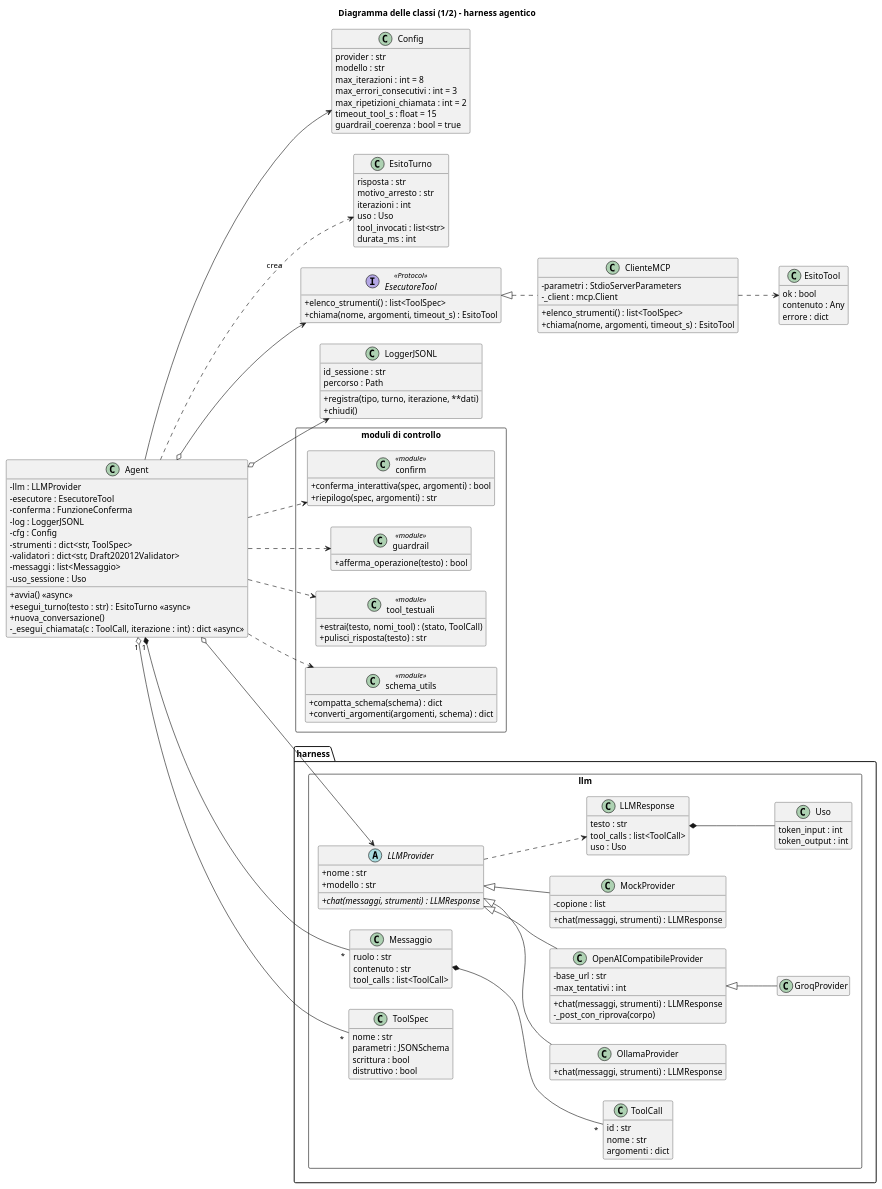
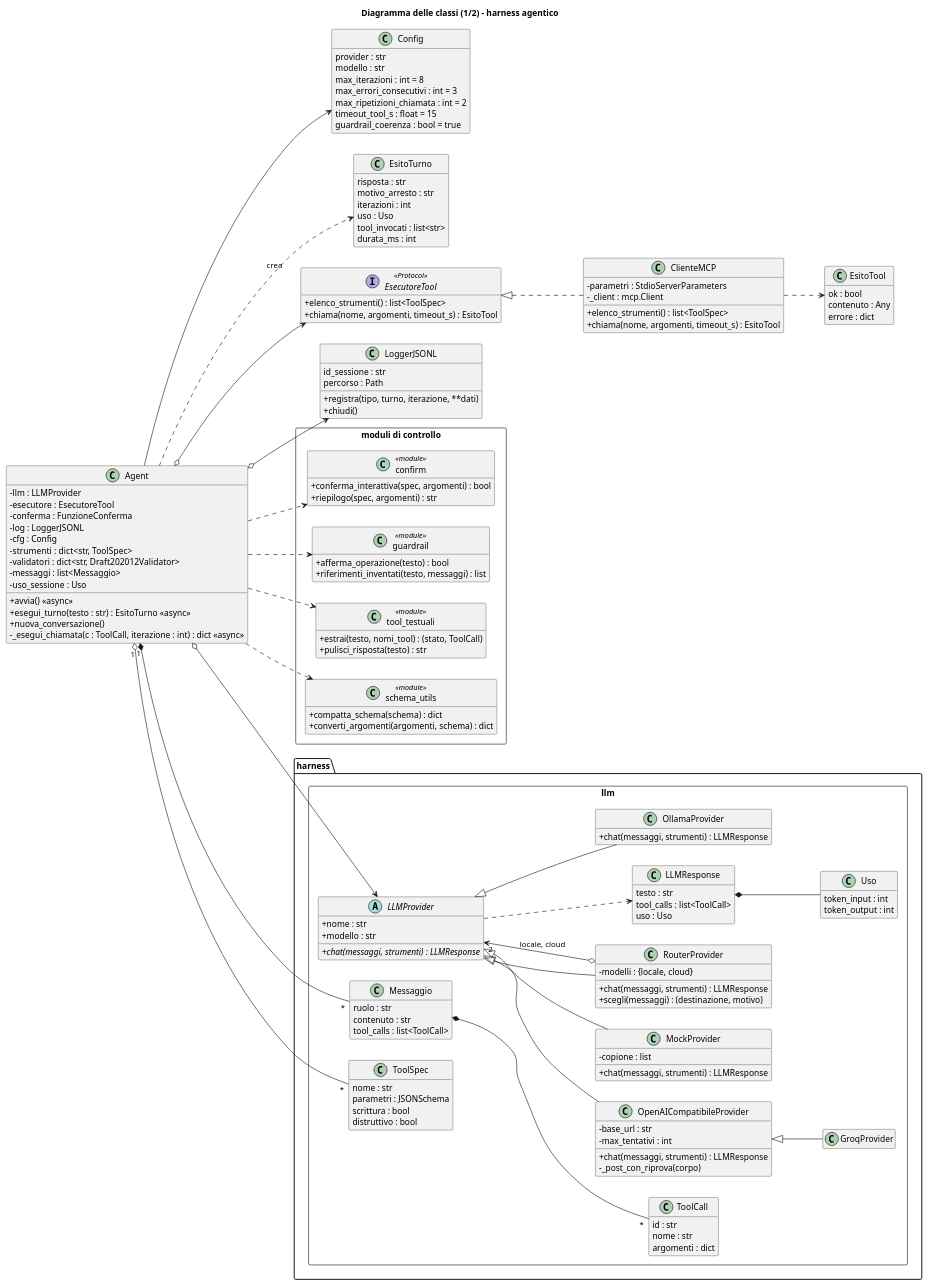
One commit to Gabrymarg/Gabrymarg-AI-MCP changed the diagram in docs/diagrammi/classi.puml. Above: the diagram before and after it, drawn with PlantUML. The commit also changed 68 other files, not shown here.

First line of the commit message:
Verifica dei riferimenti, router tra modelli, cruscotto e batteria 5

```diff
--- a/docs/diagrammi/classi.puml
+++ b/docs/diagrammi/classi.puml
@@ -1,154 +1,162 @@
 @startuml classi
 title Diagramma delle classi (1/2) - harness agentico
 skinparam shadowing false
 skinparam classAttributeIconSize 0
 hide empty members
 left to right direction
 
 class Agent {
   - llm : LLMProvider
   - esecutore : EsecutoreTool
   - conferma : FunzioneConferma
   - log : LoggerJSONL
   - cfg : Config
   - strumenti : dict<str, ToolSpec>
   - validatori : dict<str, Draft202012Validator>
   - messaggi : list<Messaggio>
   - uso_sessione : Uso
   + avvia() <<async>>
   + esegui_turno(testo : str) : EsitoTurno <<async>>
   + nuova_conversazione()
   - _esegui_chiamata(c : ToolCall, iterazione : int) : dict <<async>>
 }
 
 class Config {
   provider : str
   modello : str
   max_iterazioni : int = 8
   max_errori_consecutivi : int = 3
   max_ripetizioni_chiamata : int = 2
   timeout_tool_s : float = 15
   guardrail_coerenza : bool = true
 }
 
 class EsitoTurno {
   risposta : str
   motivo_arresto : str
   iterazioni : int
   uso : Uso
   tool_invocati : list<str>
   durata_ms : int
 }
 
 interface EsecutoreTool <<Protocol>> {
   + elenco_strumenti() : list<ToolSpec>
   + chiama(nome, argomenti, timeout_s) : EsitoTool
 }
 
 class ClienteMCP {
   - parametri : StdioServerParameters
   - _client : mcp.Client
   + elenco_strumenti() : list<ToolSpec>
   + chiama(nome, argomenti, timeout_s) : EsitoTool
 }
 
 class EsitoTool {
   ok : bool
   contenuto : Any
   errore : dict
 }
 
 class LoggerJSONL {
   id_sessione : str
   percorso : Path
   + registra(tipo, turno, iterazione, **dati)
   + chiudi()
 }
 
 package "moduli di controllo" <<Rectangle>> {
   class confirm <<module>> {
     + conferma_interattiva(spec, argomenti) : bool
     + riepilogo(spec, argomenti) : str
   }
   class guardrail <<module>> {
     + afferma_operazione(testo) : bool
+    + riferimenti_inventati(testo, messaggi) : list
   }
   class tool_testuali <<module>> {
     + estrai(testo, nomi_tool) : (stato, ToolCall)
     + pulisci_risposta(testo) : str
   }
   class schema_utils <<module>> {
     + compatta_schema(schema) : dict
     + converti_argomenti(argomenti, schema) : dict
   }
 }
 
 package "harness.llm" <<Rectangle>> {
   abstract class LLMProvider {
     + nome : str
     + modello : str
     + {abstract} chat(messaggi, strumenti) : LLMResponse
   }
   class OllamaProvider {
     + chat(messaggi, strumenti) : LLMResponse
   }
   class OpenAICompatibileProvider {
     - base_url : str
     - max_tentativi : int
     + chat(messaggi, strumenti) : LLMResponse
     - _post_con_riprova(corpo)
   }
   class GroqProvider
+  class RouterProvider {
+    - modelli : {locale, cloud}
+    + chat(messaggi, strumenti) : LLMResponse
+    + scegli(messaggi) : (destinazione, motivo)
+  }
   class MockProvider {
     - copione : list
     + chat(messaggi, strumenti) : LLMResponse
   }
   class Messaggio {
     ruolo : str
     contenuto : str
     tool_calls : list<ToolCall>
   }
   class ToolCall {
     id : str
     nome : str
     argomenti : dict
   }
   class ToolSpec {
     nome : str
     parametri : JSONSchema
     scrittura : bool
     distruttivo : bool
   }
   class LLMResponse {
     testo : str
     tool_calls : list<ToolCall>
     uso : Uso
   }
   class Uso {
     token_input : int
     token_output : int
   }
 }
 
 LLMProvider <|-- OllamaProvider
 LLMProvider <|-- OpenAICompatibileProvider
 OpenAICompatibileProvider <|-- GroqProvider
 LLMProvider <|-- MockProvider
+LLMProvider <|-- RouterProvider
+RouterProvider o--> "2" LLMProvider : locale, cloud
 EsecutoreTool <|.. ClienteMCP
 
 Agent o--> LLMProvider
 Agent o--> EsecutoreTool
 Agent o--> LoggerJSONL
 Agent --> Config
 Agent ..> EsitoTurno : crea
 Agent ..> confirm
 Agent ..> guardrail
 Agent ..> tool_testuali
 Agent ..> schema_utils
 Agent "1" *-- "*" Messaggio
 Agent "1" o-- "*" ToolSpec
 Messaggio *-- "*" ToolCall
 LLMResponse *-- Uso
 LLMProvider ..> LLMResponse
 ClienteMCP ..> EsitoTool
 @enduml
```
